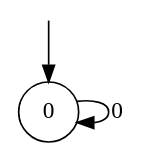
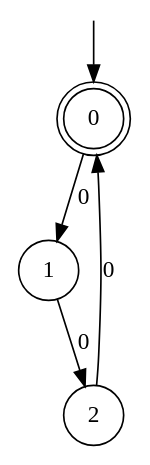
Before and after one commit to rasofema/learnlib: the diagram in algorithms/active/ilstar/incremental.dot, drawn with Graphviz. The commit also changed 8 other files, not shown here.

```diff
--- a/algorithms/active/ilstar/incremental.dot
+++ b/algorithms/active/ilstar/incremental.dot
@@ -1,9 +1,13 @@
 digraph g {
 
-	s0 [shape="circle" label="0"];
-	s0 -> s0 [label="0"];
+	s0 [shape="doublecircle" label="0"];
+	s1 [shape="circle" label="1"];
+	s2 [shape="circle" label="2"];
+	s0 -> s1 [label="0"];
+	s1 -> s2 [label="0"];
+	s2 -> s0 [label="0"];
 
 __start0 [label="" shape="none" width="0" height="0"];
 __start0 -> s0;
 
 }
```
